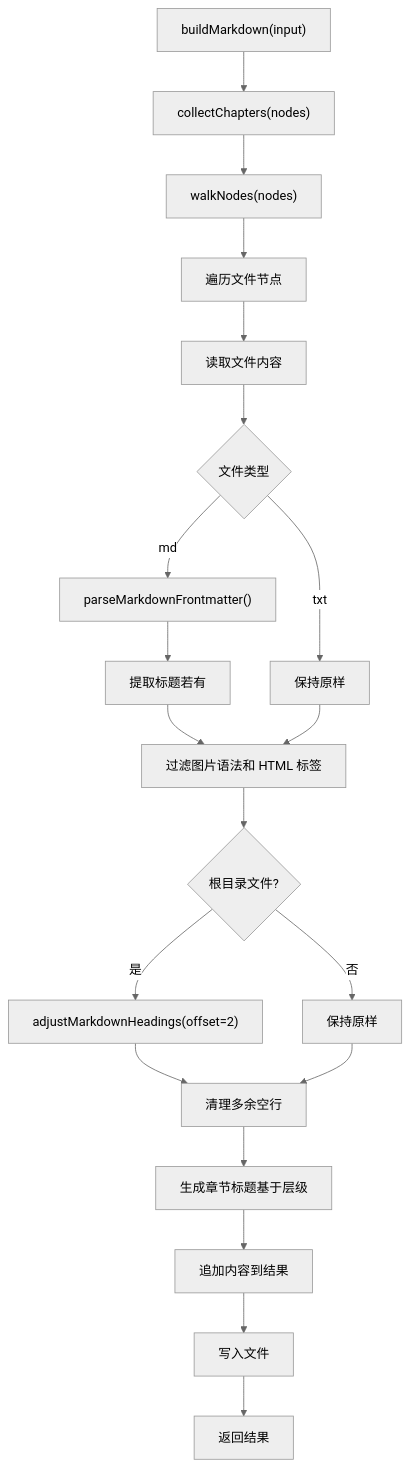
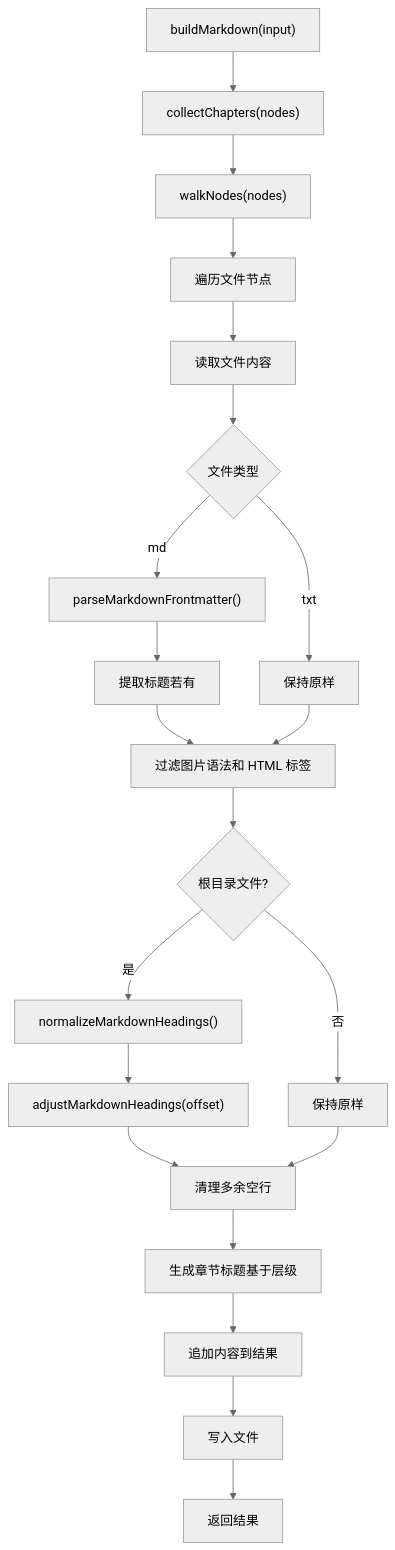
One commit to someok/vscode-folder2epub changed the tenth of 13 diagrams in .qoder/repowiki/zh/content/核心功能详解/核心功能详解.md. Above: the diagram before and after it, drawn with Mermaid (neutral theme). The commit also changed other lines of this file and 6 other files, not shown here.

````diff
--- a/.qoder/repowiki/zh/content/核心功能详解/核心功能详解.md
+++ b/.qoder/repowiki/zh/content/核心功能详解/核心功能详解.md
@@ -453,22 +469,23 @@
 ```mermaid
 flowchart TD
 A["buildMarkdown(input)"] --> B["collectChapters(nodes)"]
 B --> C["walkNodes(nodes)"]
 C --> D["遍历文件节点"]
 D --> E["读取文件内容"]
 E --> F{"文件类型"}
 F --> |md| G["parseMarkdownFrontmatter()"]
 F --> |txt| H["保持原样"]
 G --> I["提取标题若有"]
 I --> J["过滤图片语法和 HTML 标签"]
 H --> J
 J --> K{"根目录文件?"}
-K --> |是| L["adjustMarkdownHeadings(offset=2)"]
-K --> |否| M["保持原样"]
-L --> N["清理多余空行"]
-M --> N
-N --> O["生成章节标题基于层级"]
-O --> P["追加内容到结果"]
-P --> Q["写入文件"]
-Q --> R["返回结果"]
+K --> |是| L["normalizeMarkdownHeadings()"]
+L --> M["adjustMarkdownHeadings(offset)"]
+K --> |否| N["保持原样"]
+M --> O["清理多余空行"]
+N --> O
+O --> P["生成章节标题基于层级"]
+P --> Q["追加内容到结果"]
+Q --> R["写入文件"]
+R --> S["返回结果"]
 ```
````
